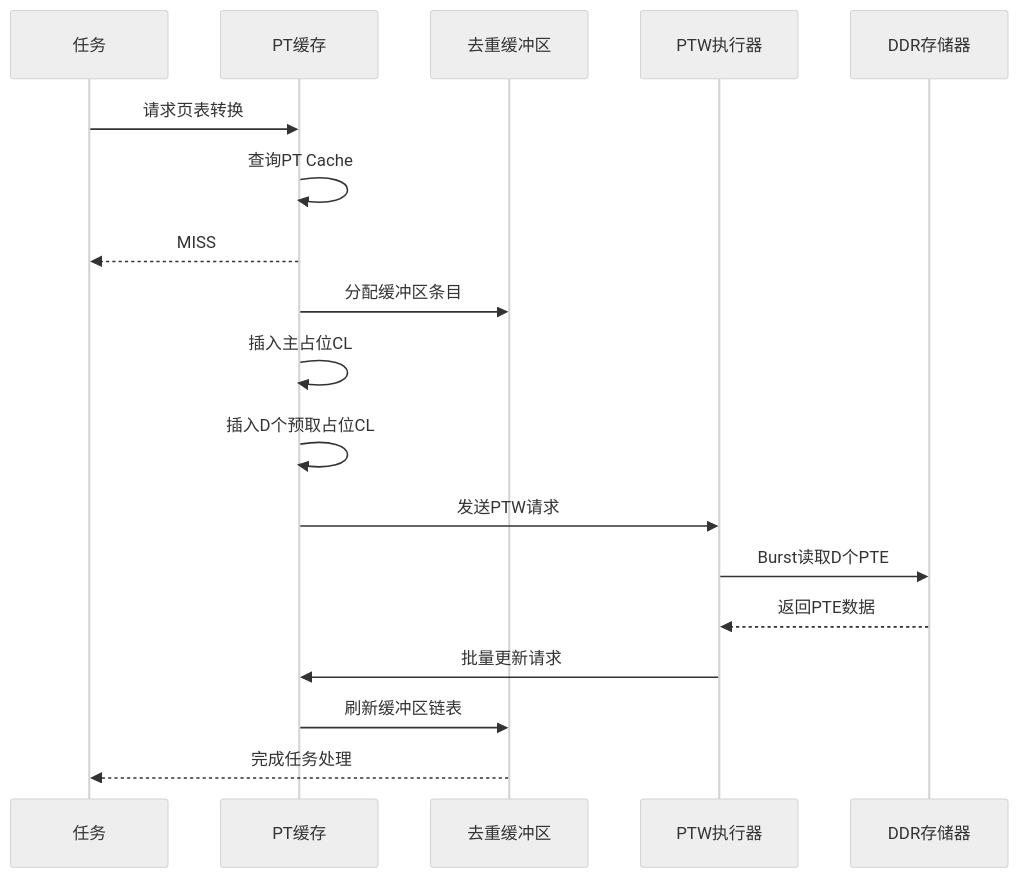
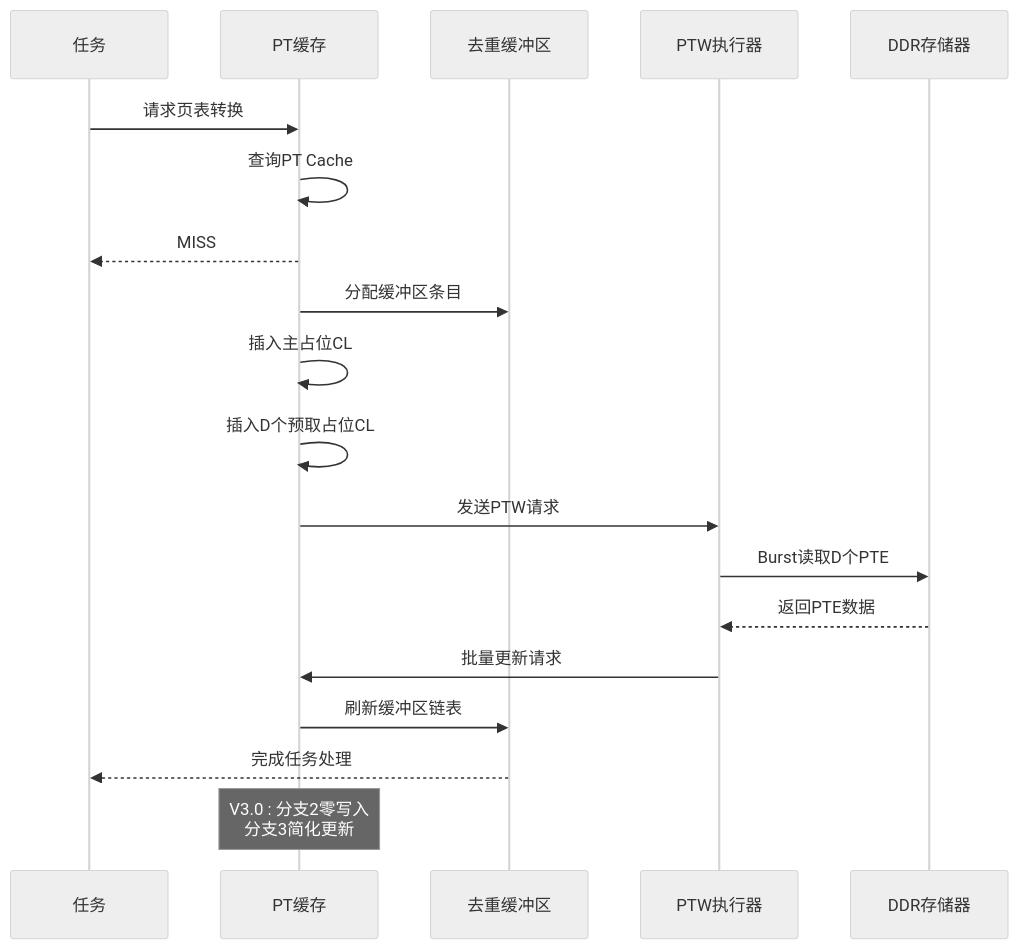
Before and after one commit to jiangjiang1122/iommu_model_20260401_v1: the third of 5 diagrams in .qoder/repowiki/zh/content/测试框架/PT Cache预取测试报告.md, drawn with Mermaid (neutral theme). The commit also changed other lines of this file and 16 other files, not shown here.

````diff
--- a/.qoder/repowiki/zh/content/测试框架/PT Cache预取测试报告.md
+++ b/.qoder/repowiki/zh/content/测试框架/PT Cache预取测试报告.md
@@ -146,20 +175,21 @@
 ```mermaid
 sequenceDiagram
 participant Task as 任务
 participant Cache as PT缓存
 participant Buffer as 去重缓冲区
 participant PTW as PTW执行器
 participant DDR as DDR存储器
 Task->>Cache : 请求页表转换
 Cache->>Cache : 查询PT Cache
 Cache-->>Task : MISS
 Cache->>Buffer : 分配缓冲区条目
 Cache->>Cache : 插入主占位CL
 Cache->>Cache : 插入D个预取占位CL
 Cache->>PTW : 发送PTW请求
 PTW->>DDR : Burst读取D个PTE
 DDR-->>PTW : 返回PTE数据
 PTW->>Cache : 批量更新请求
 Cache->>Buffer : 刷新缓冲区链表
 Buffer-->>Task : 完成任务处理
+Note over Cache : V3.0 : 分支2零写入<br/>分支3简化更新
 ```
````
